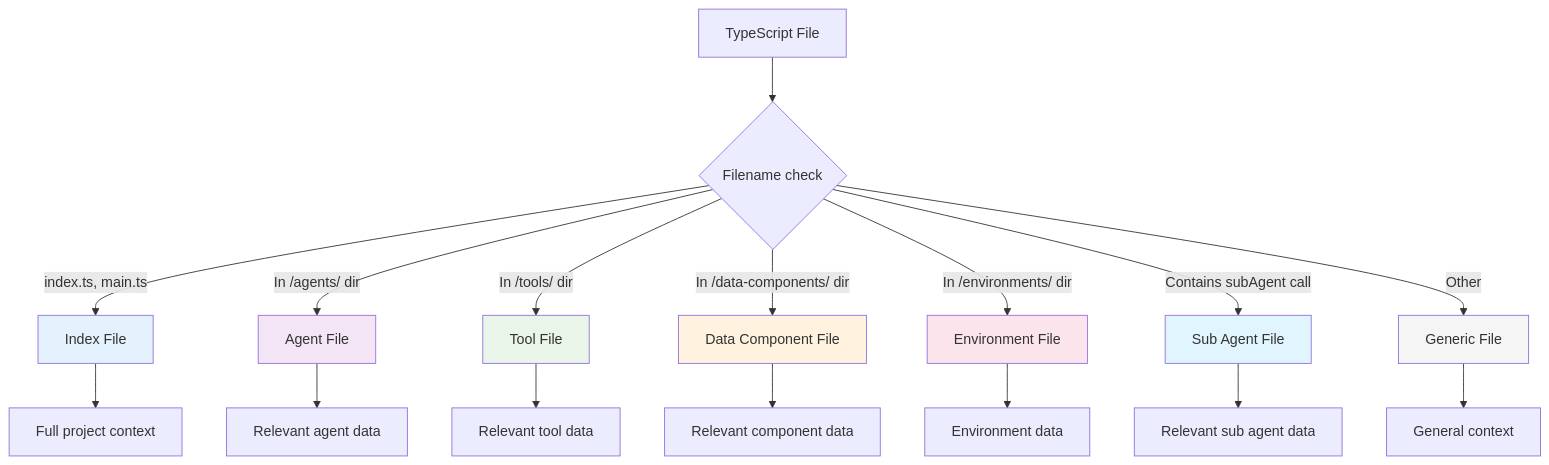
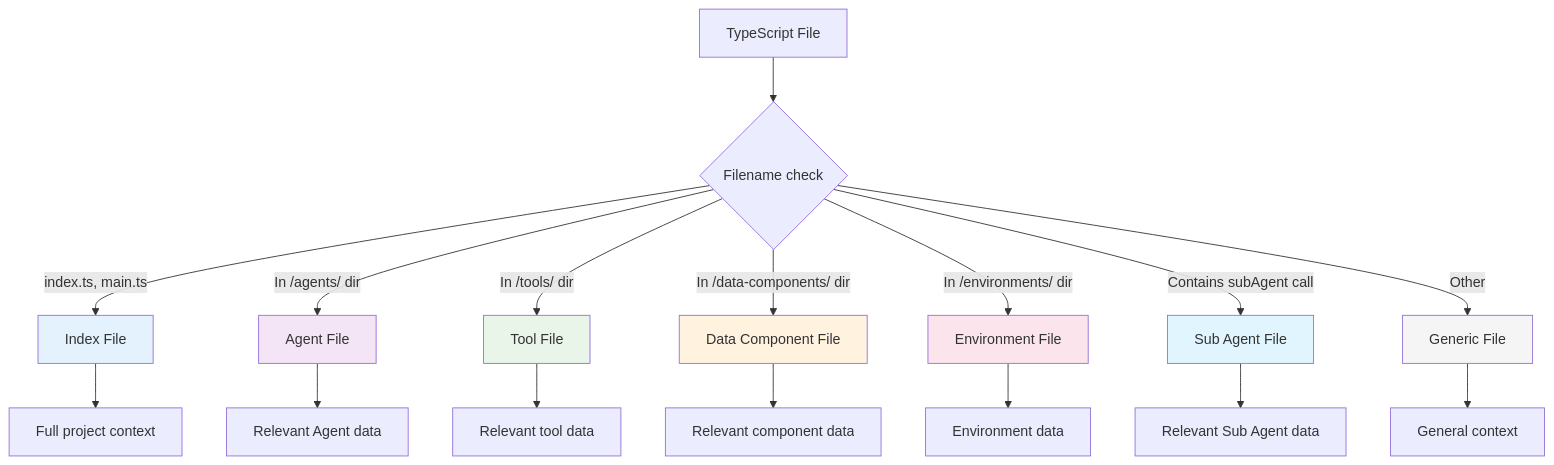
Before and after one commit to inkeep/agents: the fourth of 8 diagrams in agents-docs/content/docs/typescript-sdk/push-pull-workflows.mdx, drawn with Mermaid. The commit also changed other lines of this file and 12 other files, not shown here.

````diff
--- a/agents-docs/content/docs/typescript-sdk/push-pull-workflows.mdx
+++ b/agents-docs/content/docs/typescript-sdk/push-pull-workflows.mdx
@@ -184,28 +184,28 @@
 ```mermaid
 graph TD
     A[TypeScript File] --> B{Filename check}
 
     B -->|index.ts, main.ts| C[Index File]
     B -->|In /agents/ dir| D[Agent File]
     B -->|In /tools/ dir| E[Tool File]
     B -->|In /data-components/ dir| F[Data Component File]
     B -->|In /environments/ dir| G[Environment File]
     B -->|Contains subAgent call| H[Sub Agent File]
     B -->|Other| I[Generic File]
 
     C --> J[Full project context]
-    D --> K[Relevant agent data]
+    D --> K[Relevant Agent data]
     E --> L[Relevant tool data]
     F --> M[Relevant component data]
     G --> N[Environment data]
-    H --> O[Relevant sub agent data]
+    H --> O[Relevant Sub Agent data]
     I --> P[General context]
 
     style C fill:#e3f2fd
     style D fill:#f3e5f5
     style E fill:#e8f5e8
     style F fill:#fff3e0
     style G fill:#fce4ec
     style H fill:#e1f5fe
     style I fill:#f5f5f5
 ```
````
